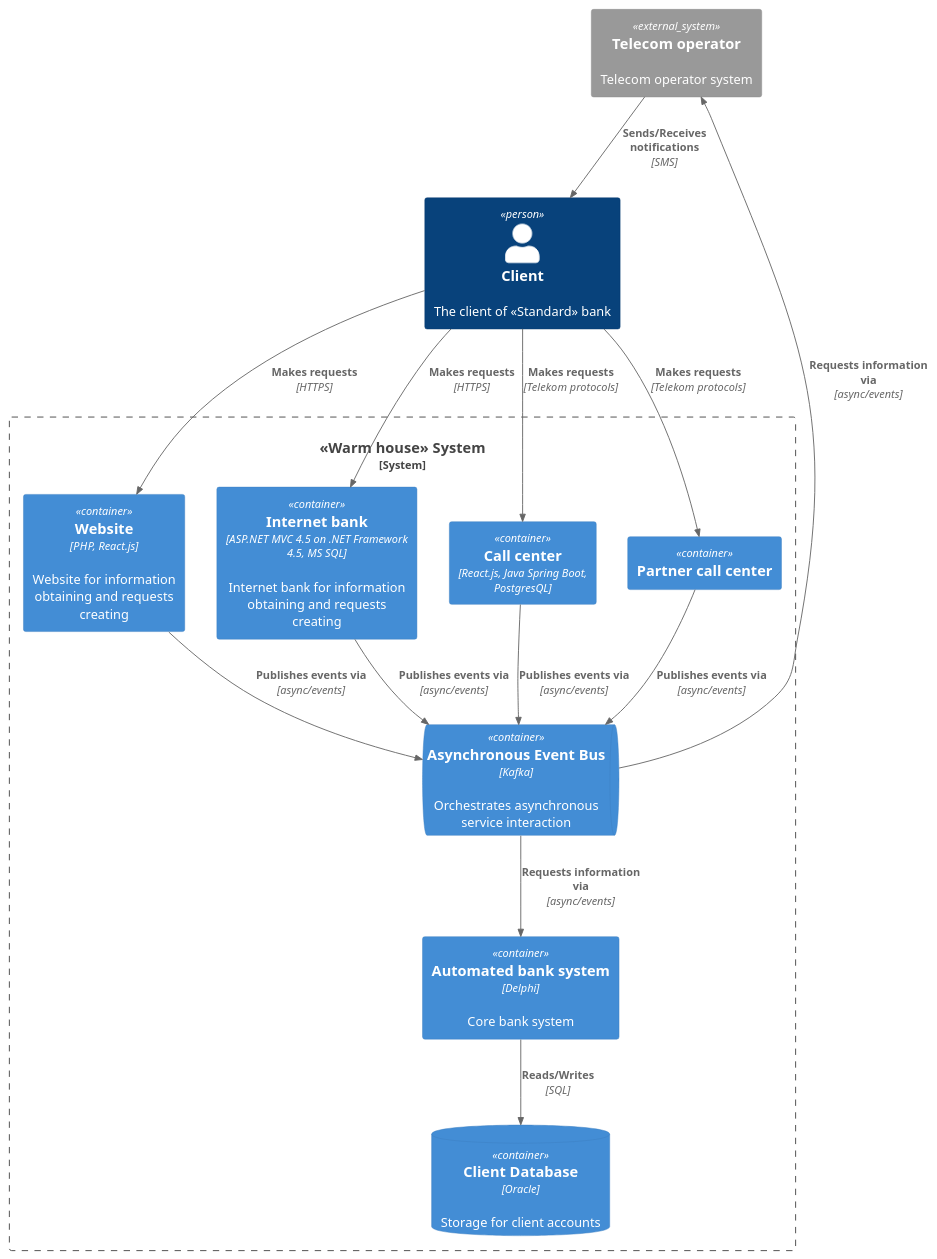
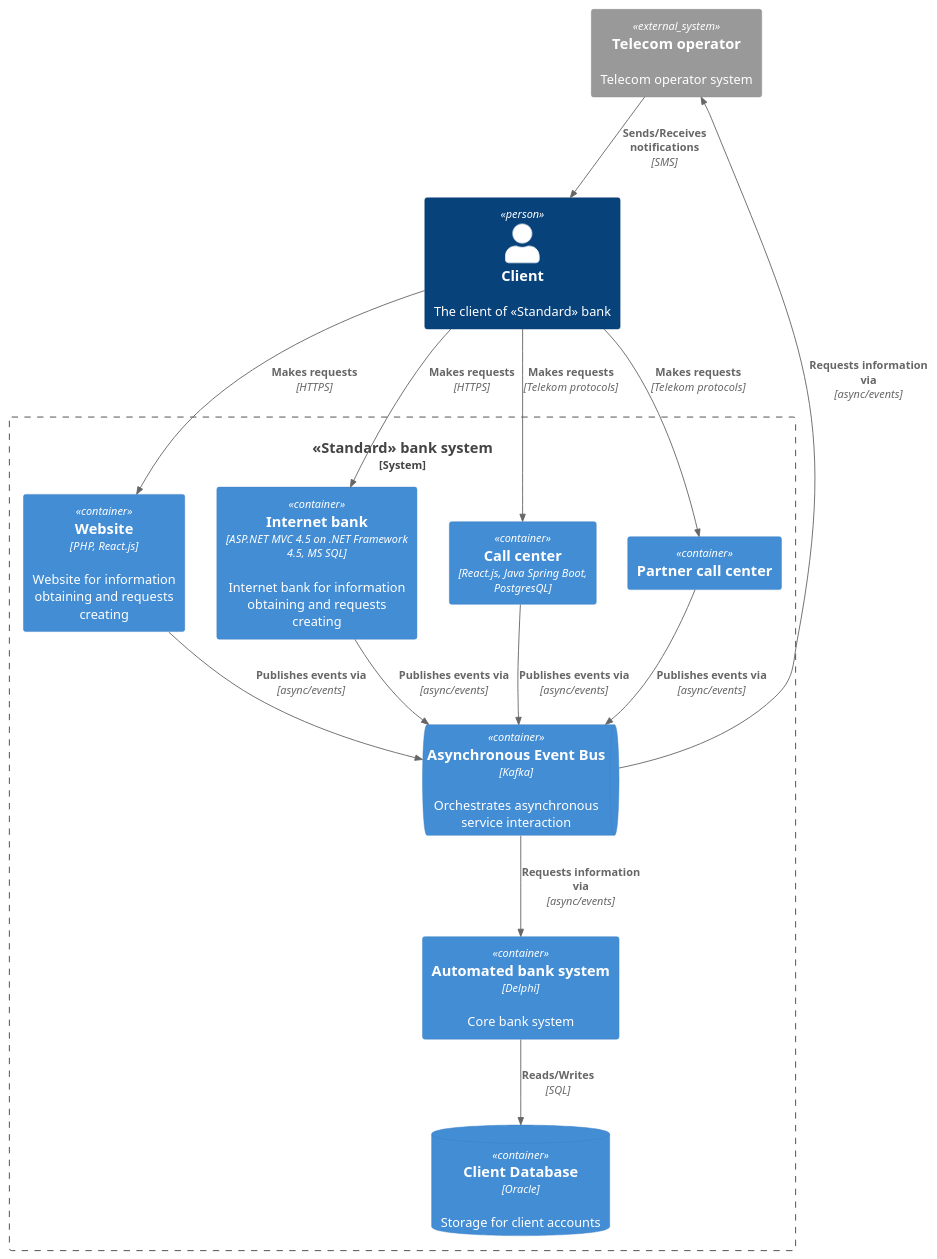
The diagram in Task3/diagrams/container/container.plantuml (winmord/architecture-pro-standart), drawn with PlantUML before and after one commit. The commit also changed 15 other files, not shown here.

```diff
--- a/Task3/diagrams/container/container.plantuml
+++ b/Task3/diagrams/container/container.plantuml
@@ -1,34 +1,34 @@
 @startuml
 !include ../C4_Container.puml
 
 Person(client, "Client", "The client of «Standard» bank")
-System_Boundary(platform, "«Warm house» System") {
+System_Boundary(platform, "«Standard» bank system") {
     Container(web_app, "Website", "PHP, React.js", "Website for information obtaining and requests creating")
     Container(internet_bank, "Internet bank", "ASP.NET MVC 4.5 on .NET Framework 4.5, MS SQL", "Internet bank for information obtaining and requests creating")
     Container(automated_bank_system, "Automated bank system", "Delphi", "Core bank system")
     Container(call_center, "Call center", "React.js, Java Spring Boot, PostgresQL", "")
     Container(partner_call_center, "Partner call center", "", "")
 
     ContainerQueue(message_broker, "Asynchronous Event Bus", "Kafka", "Orchestrates asynchronous service interaction")
 
     ContainerDb(client_db, "Client Database", "Oracle", "Storage for client accounts")
 }
 
 System_Ext(telecom_operator, "Telecom operator", "Telecom operator system")
 
 Rel(client, web_app, "Makes requests", "HTTPS")
 Rel(client, internet_bank, "Makes requests", "HTTPS")
 Rel(client, call_center, "Makes requests", "Telekom protocols")
 Rel(client, partner_call_center, "Makes requests", "Telekom protocols")
 
 Rel(web_app, message_broker, "Publishes events via", "async/events")
 Rel(internet_bank, message_broker, "Publishes events via", "async/events")
 Rel(call_center, message_broker, "Publishes events via", "async/events")
 Rel(partner_call_center, message_broker, "Publishes events via", "async/events")
 
 Rel(message_broker, automated_bank_system, "Requests information via", "async/events")
 Rel(automated_bank_system, client_db, "Reads/Writes", "SQL")
 Rel(message_broker, telecom_operator, "Requests information via", "async/events")
 Rel(telecom_operator, client, "Sends/Receives notifications", "SMS")
 
 @enduml
```
